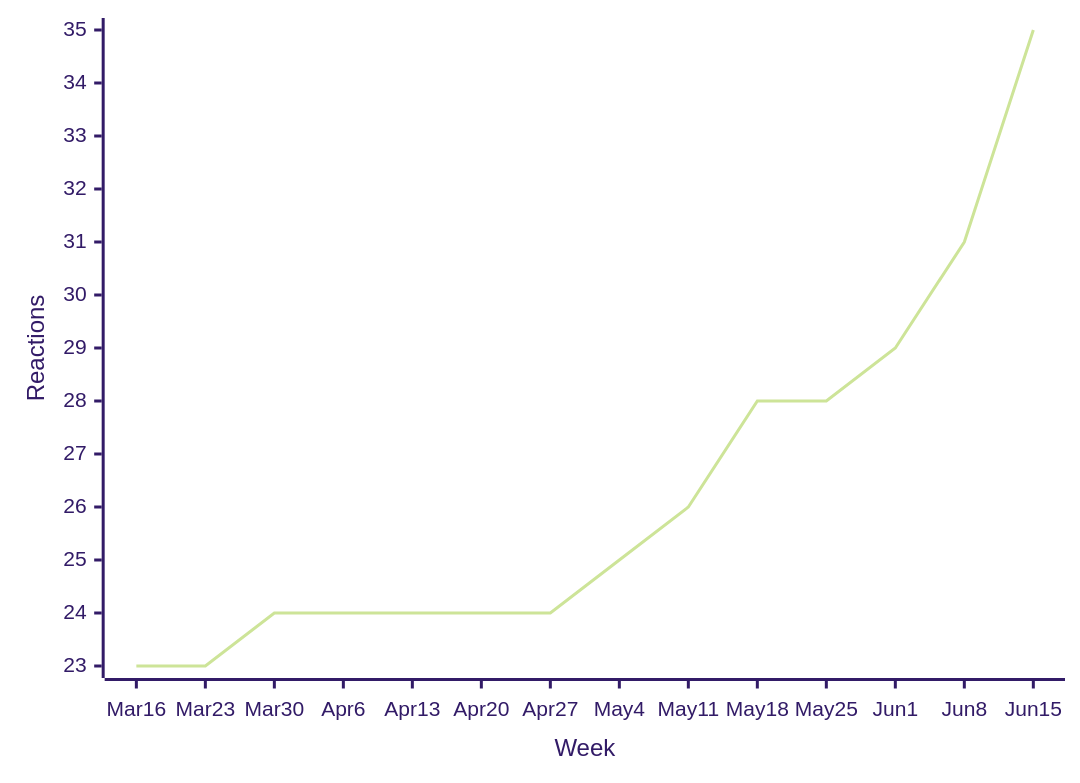
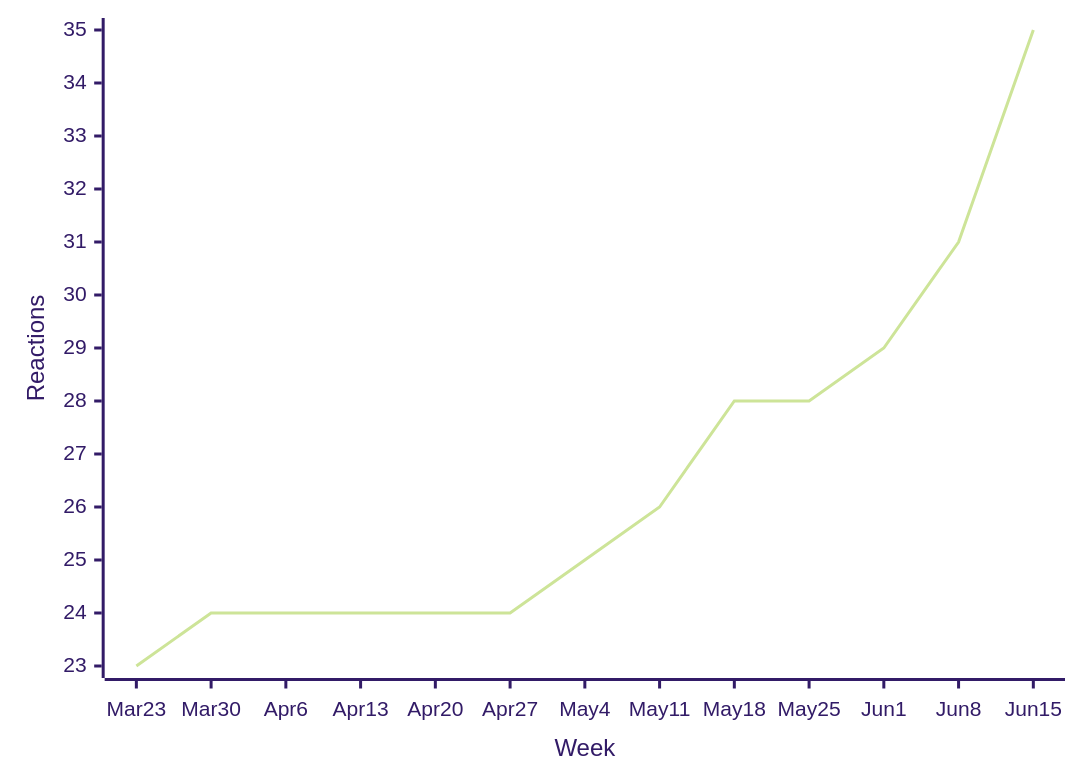
One commit to loic-sharma/github-insights changed diagram 12 of 49 in README.md. Above: the diagram before and after it, drawn with Mermaid (forest theme). The commit also changed other lines of this file and 3 other files, not shown here.

````diff
--- a/README.md
+++ b/README.md
@@ -526,6 +526,6 @@
   ```mermaid
   xychart-beta
-    x-axis "Week" [Mar 16, Mar 23, Mar 30, Apr 6, Apr 13, Apr 20, Apr 27, May 4, May 11, May 18, May 25, Jun 1, Jun 8, Jun 15]
+    x-axis "Week" [Mar 23, Mar 30, Apr 6, Apr 13, Apr 20, Apr 27, May 4, May 11, May 18, May 25, Jun 1, Jun 8, Jun 15]
     y-axis "Reactions"
-    line [23, 23, 24, 24, 24, 24, 24, 25, 26, 28, 28, 29, 31, 35]
+    line [23, 24, 24, 24, 24, 24, 25, 26, 28, 28, 29, 31, 35]
   ```
````
